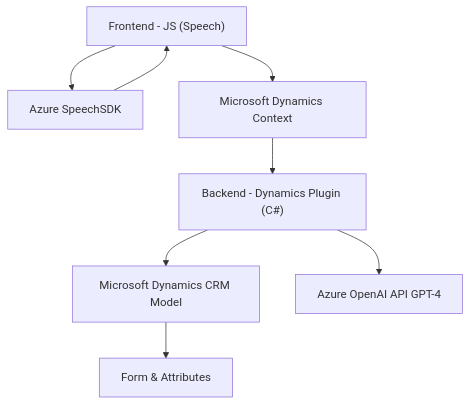
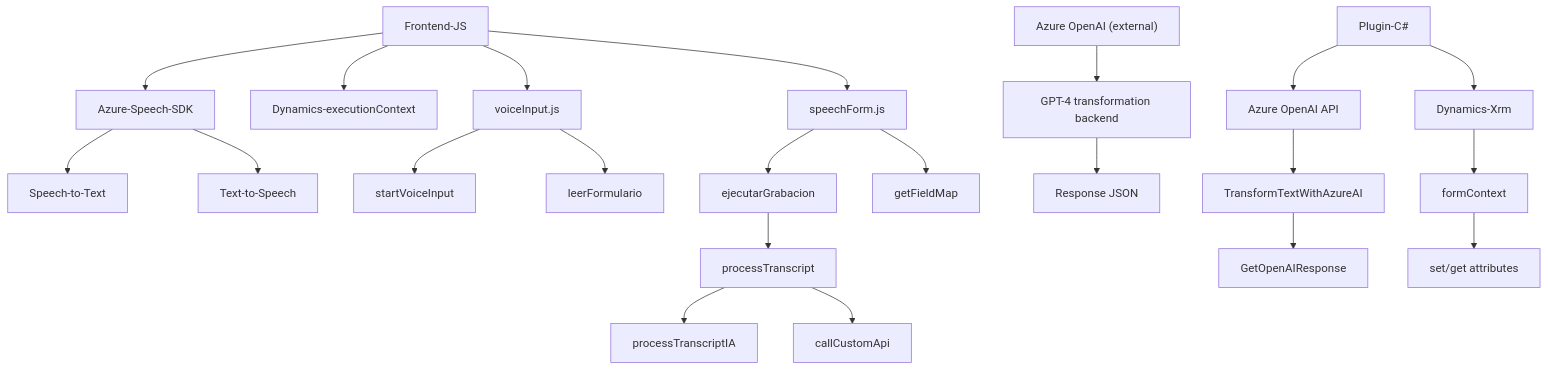
Before and after one commit to blopezdm/NETCORE_BILBAO2025: the diagram in README.md, drawn with Mermaid. The commit also changed other lines of this file, not shown here.

````diff
--- a/README.md
+++ b/README.md
@@ -31,10 +39,25 @@
 ```mermaid
 graph TD
-    A["Frontend - JS (Speech)" ] --> B["Azure SpeechSDK"]
-    A --> C["Microsoft Dynamics Context"]
-    B --> A
-    C --> D["Backend - Dynamics Plugin (C#)"]
-    D --> F["Microsoft Dynamics CRM Model"]
-    D --> E["Azure OpenAI API GPT-4"]
-    F --> G["Form & Attributes"]
+    A["Frontend-JS"] --> B["Azure-Speech-SDK"]
+    A["Frontend-JS"] --> C["Dynamics-executionContext"]
+    B["Azure-Speech-SDK"] --> D["Speech-to-Text"]
+    B["Azure-Speech-SDK"] --> E["Text-to-Speech"]
+    A["Frontend-JS"] --> F["voiceInput.js"]
+    A["Frontend-JS"] --> G["speechForm.js"]
+    F["voiceInput.js"] --> H["startVoiceInput"]
+    F["voiceInput.js"] --> I["leerFormulario"]
+    G["speechForm.js"] --> J["ejecutarGrabacion"]
+    J["ejecutarGrabacion"] --> K["processTranscript"]
+    K["processTranscript"] --> L["processTranscriptIA"]
+    K["processTranscript"] --> M["callCustomApi"]
+    G["speechForm.js"] --> N["getFieldMap"]
+
+    X["Azure OpenAI (external)"] --> Y["GPT-4 transformation backend"]
+    Y["GPT-4 transformation backend"] --> Z["Response JSON"]
+
+    O["Plugin-C#"] --> P["Azure OpenAI API"]
+    O["Plugin-C#"] --> Q["Dynamics-Xrm"]
+    P["Azure OpenAI API"] --> R["TransformTextWithAzureAI"] --> S["GetOpenAIResponse"]
+    Q["Dynamics-Xrm"] --> T["formContext"]
+    T["formContext"] --> U["set/get attributes"]
 ```
````
